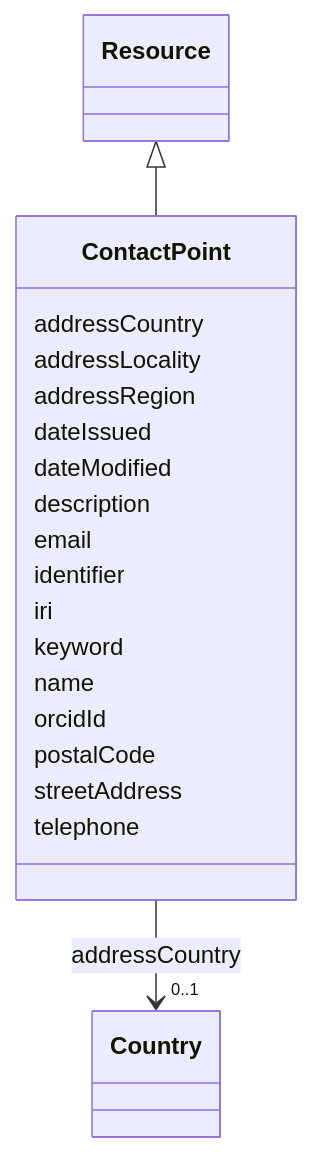
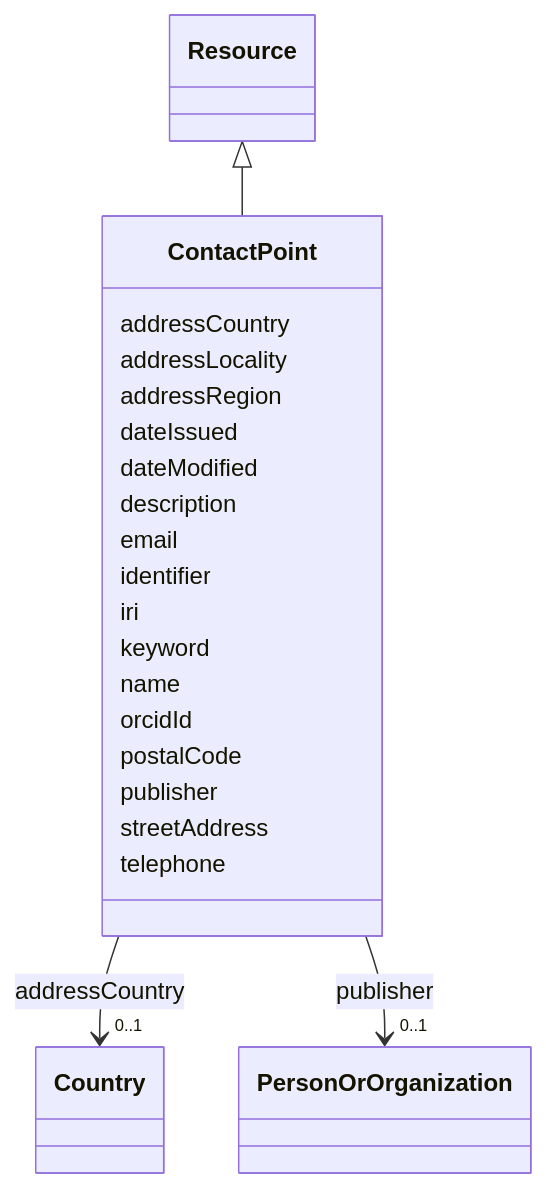
Before and after one commit to EVORA-project/evora-ontology: the diagram in models/docs/ContactPoint.md, drawn with Mermaid. The commit also changed other lines of this file and 468 other files, not shown here.

````diff
--- a/models/docs/ContactPoint.md
+++ b/models/docs/ContactPoint.md
@@ -19,46 +19,55 @@
 ```mermaid
  classDiagram
     class ContactPoint
     click ContactPoint href "../ContactPoint"
       Resource <|-- ContactPoint
         click Resource href "../Resource"
       
       ContactPoint : addressCountry
         
           
     
     
     ContactPoint --> "0..1" Country : addressCountry
     click Country href "../Country"
 
         
       ContactPoint : addressLocality
         
       ContactPoint : addressRegion
         
       ContactPoint : dateIssued
         
       ContactPoint : dateModified
         
       ContactPoint : description
         
       ContactPoint : email
         
       ContactPoint : identifier
         
       ContactPoint : iri
         
       ContactPoint : keyword
         
       ContactPoint : name
         
       ContactPoint : orcidId
         
       ContactPoint : postalCode
         
+      ContactPoint : publisher
+        
+          
+    
+    
+    ContactPoint --> "0..1" PersonOrOrganization : publisher
+    click PersonOrOrganization href "../PersonOrOrganization"
+
+        
       ContactPoint : streetAddress
         
       ContactPoint : telephone
         
       
 ```
````
